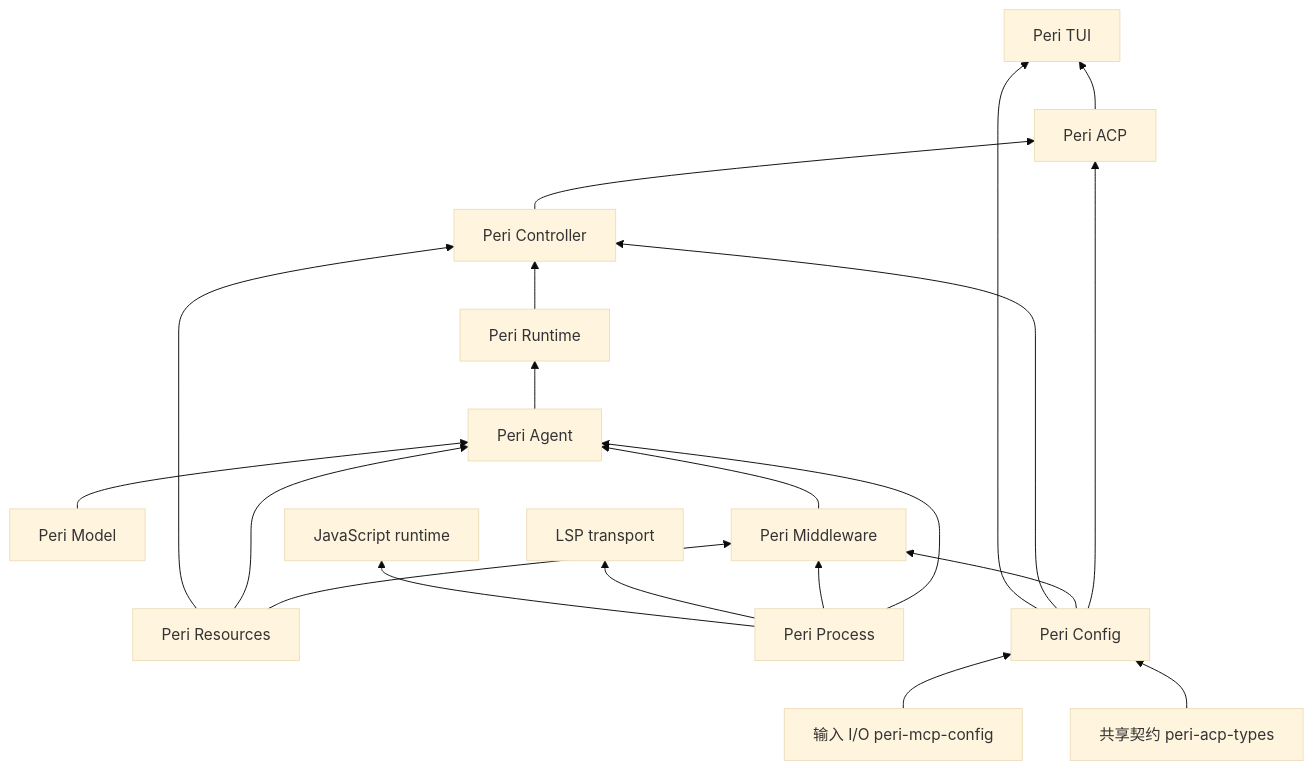
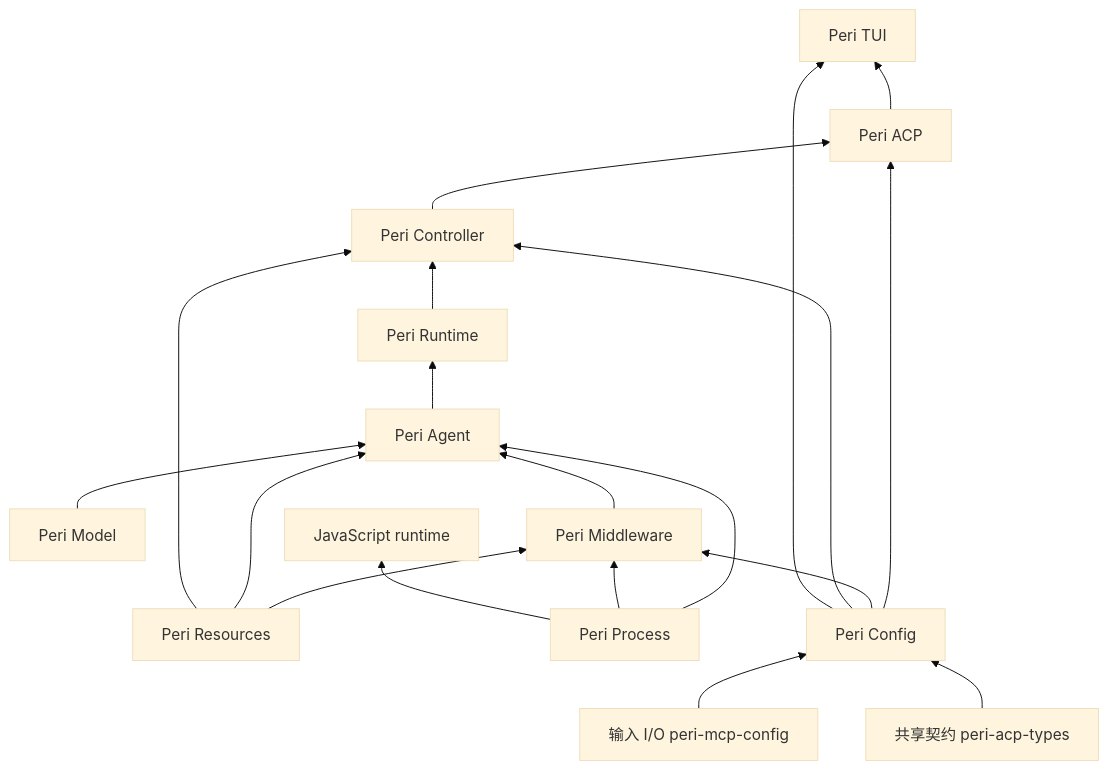
One commit to KonghaYao/peri changed the first of 4 diagrams in docs/design/architecture.md. Above: the diagram before and after it, drawn with Mermaid (base theme). The commit also changed other lines of this file and 200 other files, not shown here.

````diff
--- a/docs/design/architecture.md
+++ b/docs/design/architecture.md
@@ -13,22 +13,21 @@
 ```mermaid
 flowchart BT
     Model[Peri Model] --> Agent[Peri Agent]
     Agent --> Runtime[Peri Runtime]
     Runtime --> Controller[Peri Controller]
     Controller --> ACP[Peri ACP]
     ACP --> TUI[Peri TUI]
     Middleware[Peri Middleware] --> Agent
     Resources[Peri Resources] --> Middleware
     Resources --> Agent
     Resources --> Controller
     Process[Peri Process] --> Agent
     Process --> Middleware
-    Process --> LSP[LSP transport]
     Process --> JS[JavaScript runtime]
     Config[Peri Config] --> ACP
     Config --> Middleware
     Config --> Controller
     Config --> TUI
     Types[共享契约 peri-acp-types] --> Config
     ConfigInput[输入 I/O peri-mcp-config] --> Config
 ```
````
